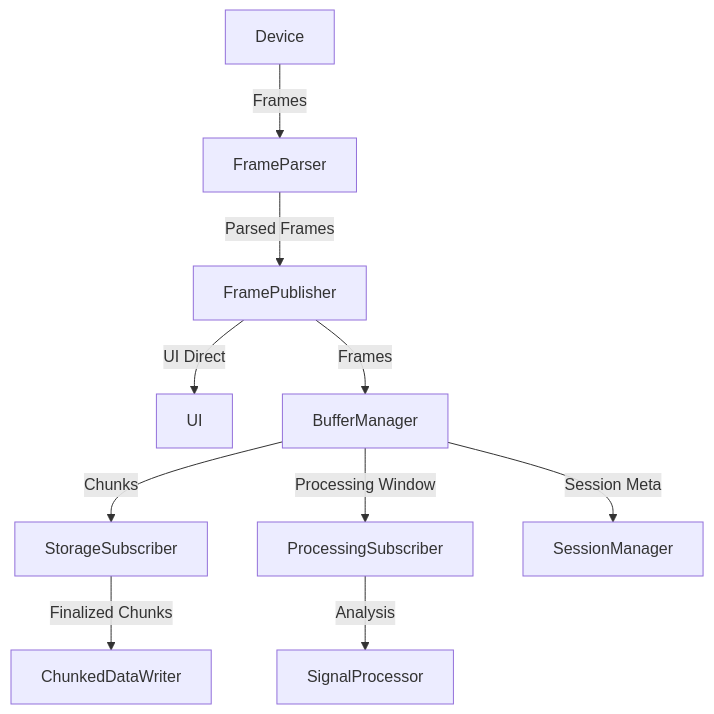
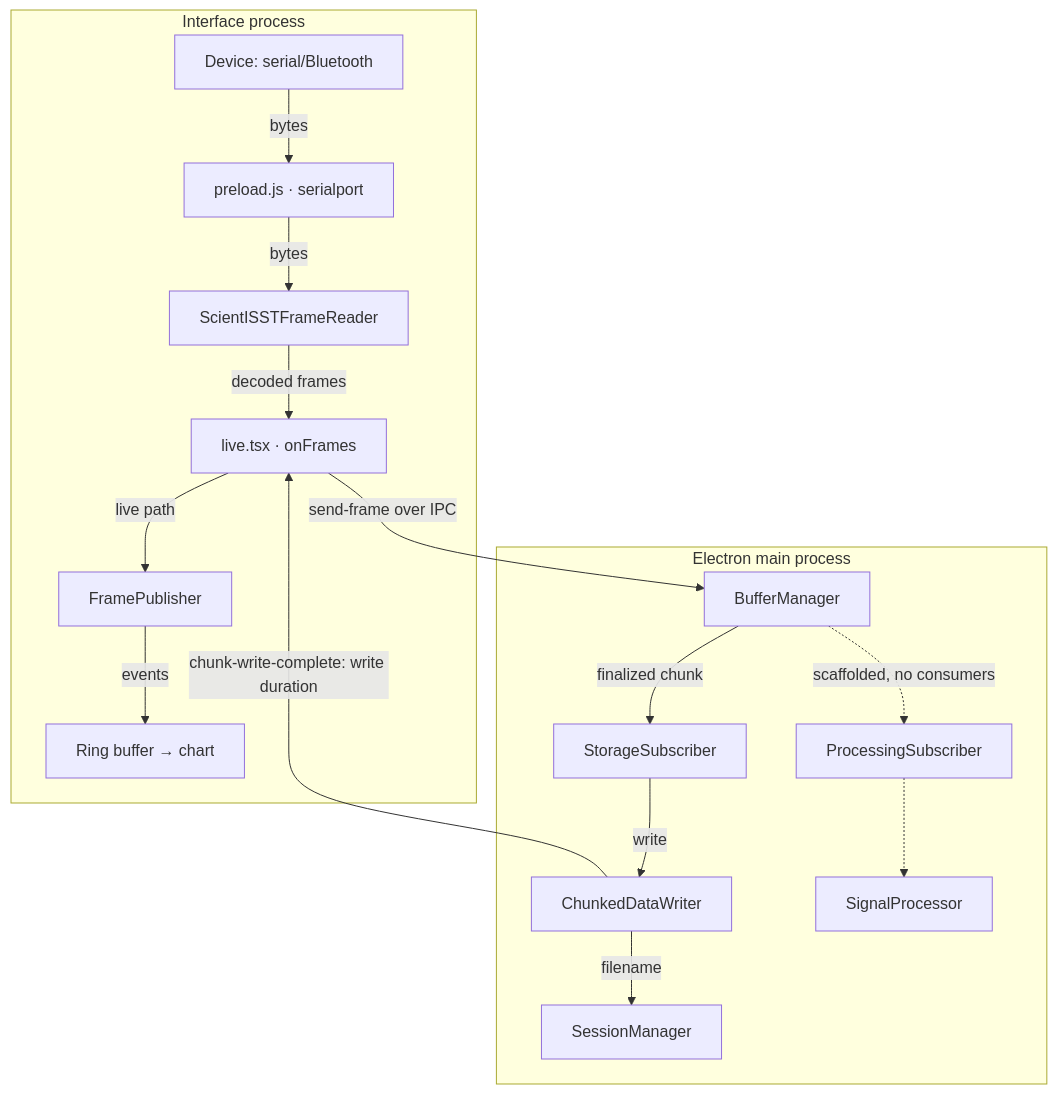
Before and after one commit to beatrizp03/sense-web-tese: the diagram in ARCHITECTURE.md, drawn with Mermaid. The commit also changed other lines of this file and 11 other files, not shown here.

Commit message:
fix: seek chunks directly, scale chunk threshold to sample rate, drop dead code

````diff
--- a/ARCHITECTURE.md
+++ b/ARCHITECTURE.md
@@ -85,12 +105,19 @@
 ```mermaid
 flowchart TD
-    Device -->|Frames| FrameParser
-    FrameParser -->|Parsed Frames| FramePublisher
-    FramePublisher -->|UI Direct| UI
-    FramePublisher -->|Frames| BufferManager
-    BufferManager -->|Chunks| StorageSubscriber
-    BufferManager -->|Processing Window| ProcessingSubscriber
-    BufferManager -->|Session Meta| SessionManager
-    StorageSubscriber -->|Finalized Chunks| ChunkedDataWriter
-    ProcessingSubscriber -->|Analysis| SignalProcessor
+    subgraph interface["Interface process"]
+        Device[Device: serial/Bluetooth] -->|bytes| Preload[preload.js · serialport]
+        Preload -->|bytes| Reader[ScientISSTFrameReader]
+        Reader -->|decoded frames| Fork[live.tsx · onFrames]
+        Fork -->|live path| FramePublisher
+        FramePublisher -->|events| UI[Ring buffer → chart]
+    end
+    subgraph main["Electron main process"]
+        BufferManager -->|finalized chunk| StorageSubscriber
+        StorageSubscriber -->|write| ChunkedDataWriter
+        ChunkedDataWriter -->|filename| SessionManager
+        BufferManager -.->|scaffolded, no consumers| ProcessingSubscriber
+        ProcessingSubscriber -.-> SignalProcessor
+    end
+    Fork -->|send-frame over IPC| BufferManager
+    ChunkedDataWriter -->|chunk-write-complete: write duration| Fork
 ```
````
